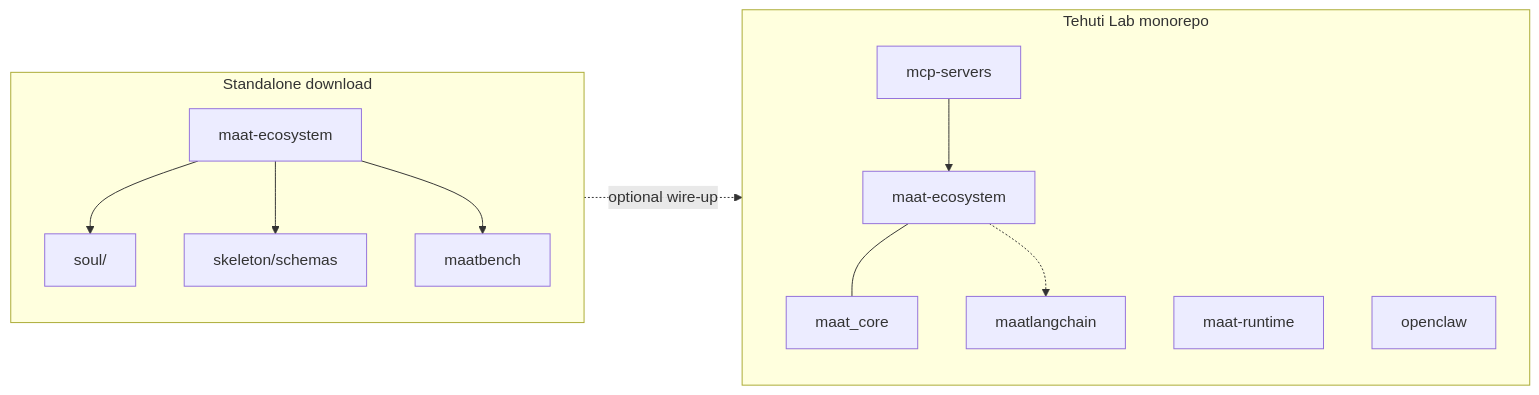
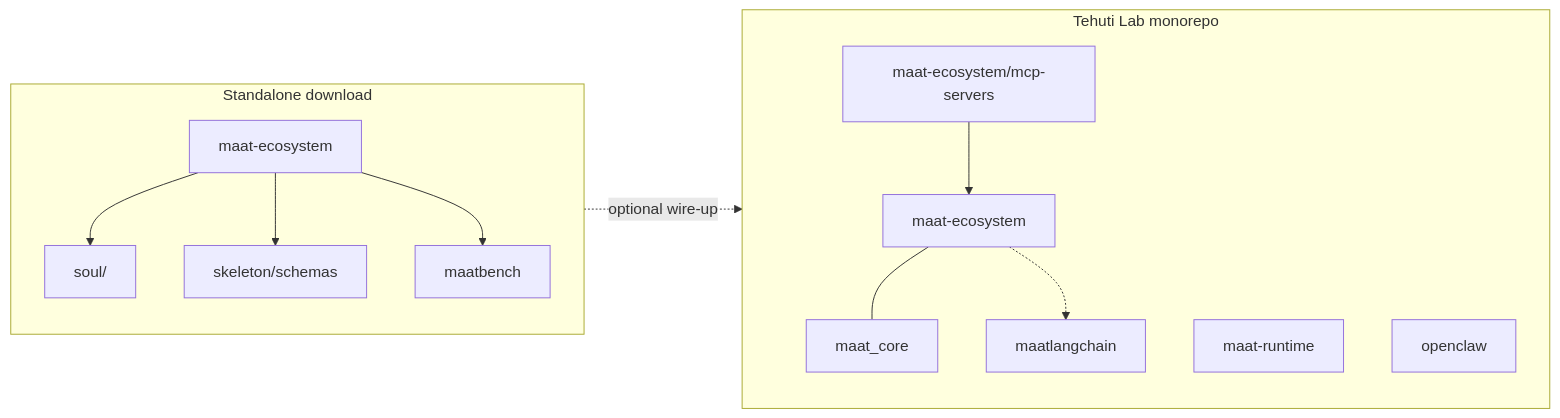
Before and after one commit to Propershare/maat-ecosystem: the second of 2 diagrams in maat-ecosystem/DISTRIBUTION.md, drawn with Mermaid. The commit also changed other lines of this file and 5 other files, not shown here.

````diff
--- a/maat-ecosystem/DISTRIBUTION.md
+++ b/maat-ecosystem/DISTRIBUTION.md
@@ -98,21 +98,21 @@
 ```mermaid
 flowchart LR
   subgraph standalone [Standalone download]
     ME[maat-ecosystem]
     ME --> Soul[soul/]
     ME --> Skel[skeleton/schemas]
     ME --> Bench[maatbench]
   end
   subgraph monorepo [Tehuti Lab monorepo]
     ME2[maat-ecosystem]
     MC[maat_core]
     ML[maatlangchain]
-    MCP[mcp-servers]
+    MCP[maat-ecosystem/mcp-servers]
     MR[maat-runtime]
     OG[openclaw]
     ME2 --- MC
     ME2 -.-> ML
     MCP --> ME2
   end
   standalone -.->|"optional wire-up"| monorepo
 ```
````
